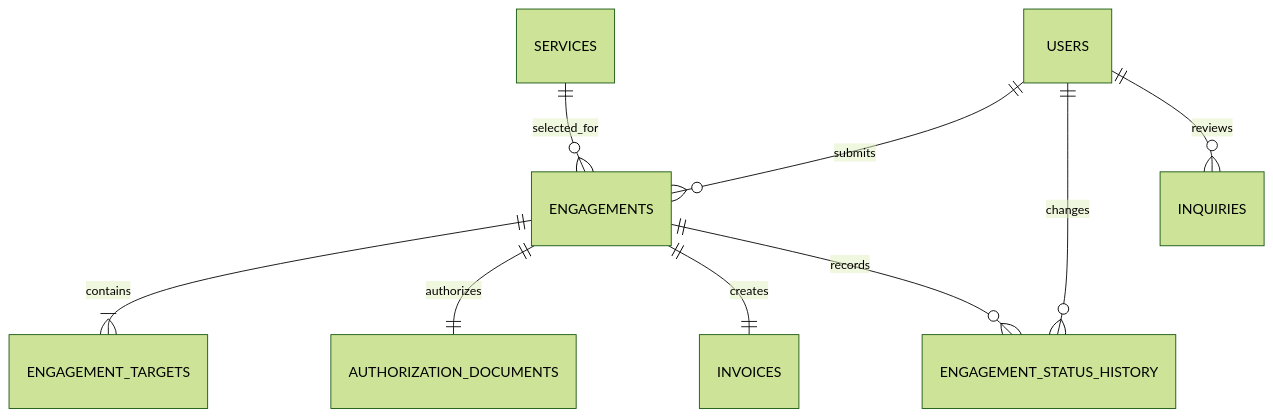
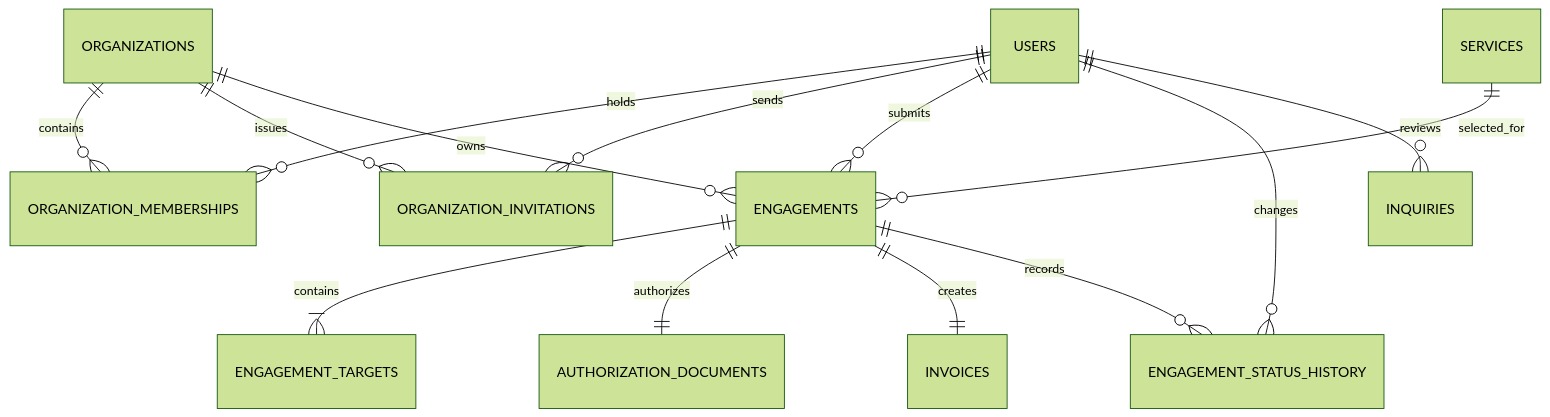
One commit to D3vala/OracleRedLabs changed the diagram in SRS.md. Above: the diagram before and after it, drawn with Mermaid (forest theme). The commit also changed other lines of this file and 45 other files, not shown here.

````diff
--- a/SRS.md
+++ b/SRS.md
@@ -120,11 +133,16 @@
 ```mermaid
 erDiagram
+  USERS ||--o{ ORGANIZATION_MEMBERSHIPS : holds
+  ORGANIZATIONS ||--o{ ORGANIZATION_MEMBERSHIPS : contains
+  ORGANIZATIONS ||--o{ ORGANIZATION_INVITATIONS : issues
+  USERS ||--o{ ORGANIZATION_INVITATIONS : sends
+  ORGANIZATIONS ||--o{ ENGAGEMENTS : owns
   USERS ||--o{ ENGAGEMENTS : submits
   SERVICES ||--o{ ENGAGEMENTS : selected_for
   ENGAGEMENTS ||--|{ ENGAGEMENT_TARGETS : contains
   ENGAGEMENTS ||--|| AUTHORIZATION_DOCUMENTS : authorizes
   ENGAGEMENTS ||--|| INVOICES : creates
   ENGAGEMENTS ||--o{ ENGAGEMENT_STATUS_HISTORY : records
   USERS ||--o{ ENGAGEMENT_STATUS_HISTORY : changes
   USERS ||--o{ INQUIRIES : reviews
 ```
````
